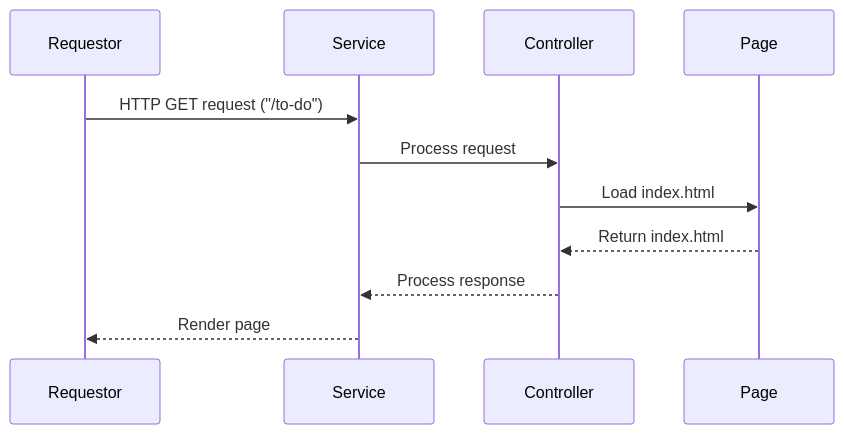
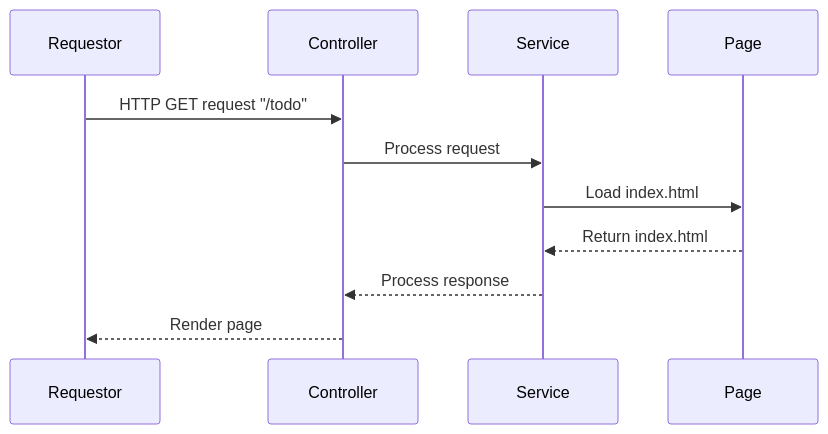
One commit to murtidaryandono/example-web-basic changed the second of 5 diagrams in readme.md. Above: the diagram before and after it, drawn with Mermaid. The commit also changed other lines of this file and 9 other files, not shown here.

````diff
--- a/readme.md
+++ b/readme.md
@@ -78,13 +86,13 @@
       ```mermaid
       sequenceDiagram
       participant Requestor
+      participant Controller
       participant Service
-      participant Controller
       participant Page
-      Requestor ->> Service : HTTP GET request ("/to-do")
-      Service ->> Controller : Process request
-      Controller ->> Page : Load index.html
-      Page -->> Controller : Return index.html
-      Controller -->> Service : Process response
-      Service -->> Requestor : Render page
+      Requestor ->> Controller : HTTP GET request "/todo"
+      Controller ->> Service : Process request
+      Service ->> Page : Load index.html
+      Page -->> Service : Return index.html
+      Service -->> Controller : Process response
+      Controller -->> Requestor : Render page
       ```
````
